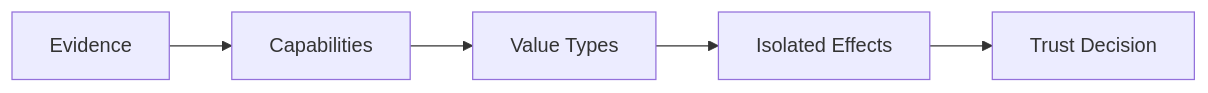
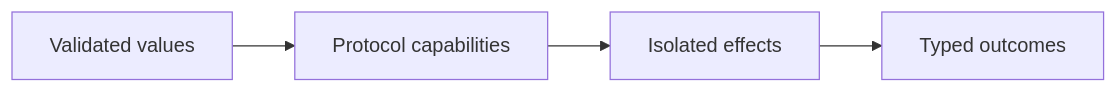
The first of 2 diagrams in PHILOSOPHY.md (1amageek/ans-sdk-swift), drawn with Mermaid before and after one commit. The commit also changed other lines of this file and 191 other files, not shown here.

````diff
--- a/PHILOSOPHY.md
+++ b/PHILOSOPHY.md
@@ -14,7 +7,6 @@
 ```mermaid
 flowchart LR
-  Evidence["Evidence"] --> Protocols["Capabilities"]
-  Protocols --> Values["Value Types"]
-  Values --> Effects["Isolated Effects"]
-  Effects --> Decision["Trust Decision"]
+  Values["Validated values"] --> Capabilities["Protocol capabilities"]
+  Capabilities --> Effects["Isolated effects"]
+  Effects --> Outcomes["Typed outcomes"]
 ```
````
